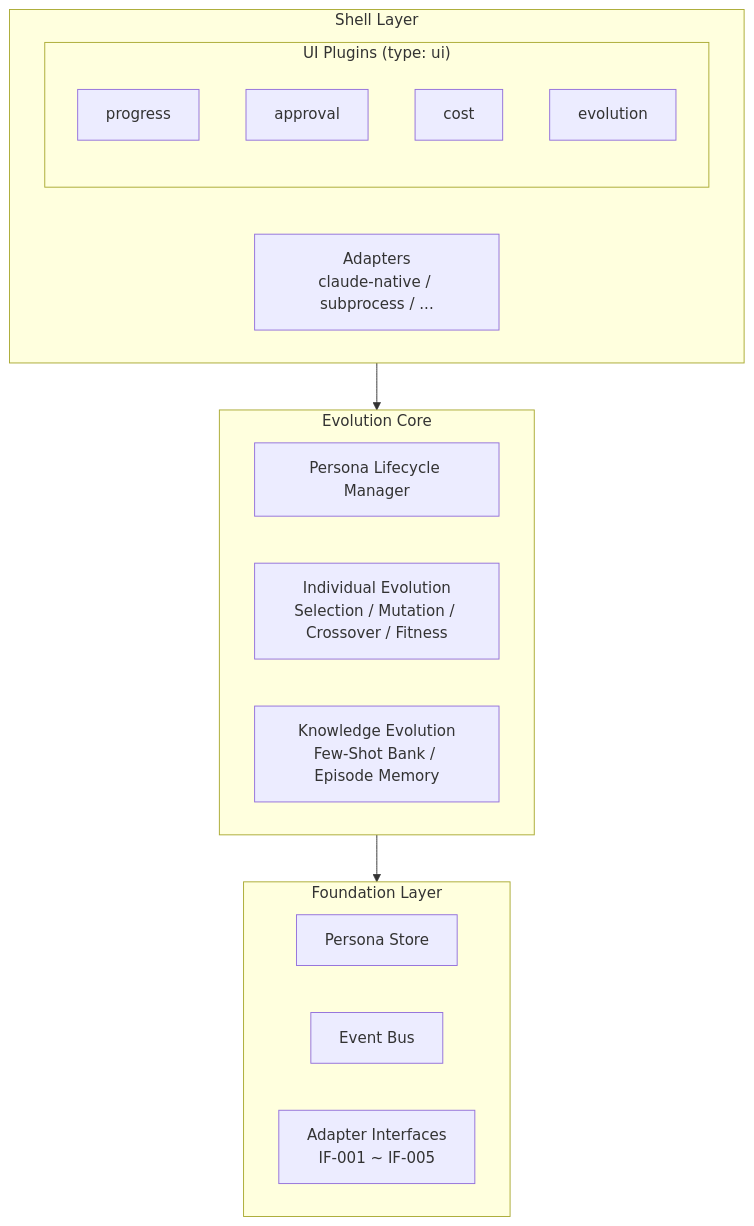
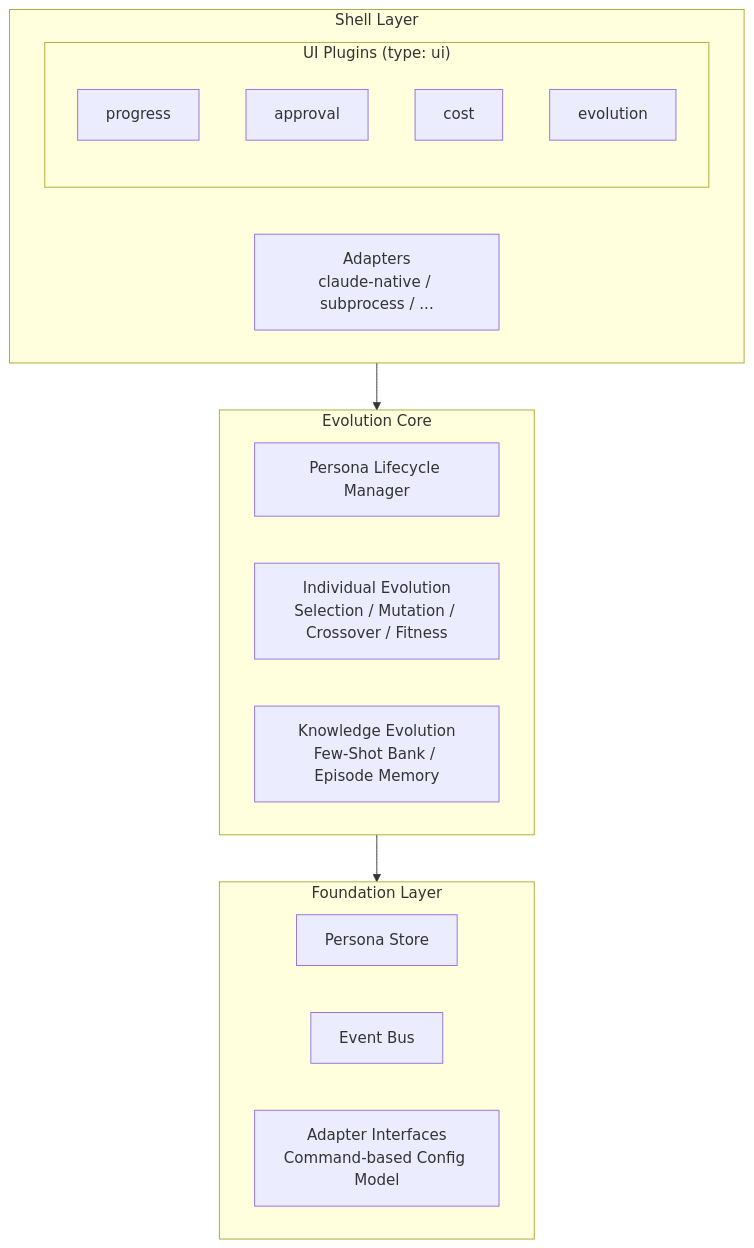
One commit to skaji18/tanebi changed the diagram in README.md. Above: the diagram before and after it, drawn with Mermaid. The commit also changed other lines of this file and 8 other files, not shown here.

````diff
--- a/README.md
+++ b/README.md
@@ -33,27 +33,27 @@
 ```mermaid
 graph TD
     subgraph Shell["Shell Layer"]
         direction LR
         subgraph UI["UI Plugins (type: ui)"]
             PR["progress"]
             AP["approval"]
             CS["cost"]
             EV["evolution"]
         end
         AD["Adapters<br/>claude-native / subprocess / ..."]
     end
 
     subgraph Core["Evolution Core"]
         PLM["Persona Lifecycle Manager"]
         IE["Individual Evolution<br/>Selection / Mutation / Crossover / Fitness"]
         KE["Knowledge Evolution<br/>Few-Shot Bank / Episode Memory"]
     end
 
     subgraph Foundation["Foundation Layer"]
         PS["Persona Store"]
         EB["Event Bus"]
-        AIL["Adapter Interfaces<br/>IF-001 ~ IF-005"]
+        AIL["Adapter Interfaces<br/>Command-based Config Model"]
     end
 
     Shell --> Core --> Foundation
 ```
````
